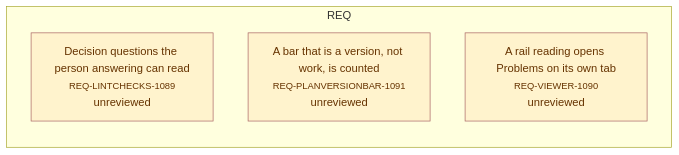
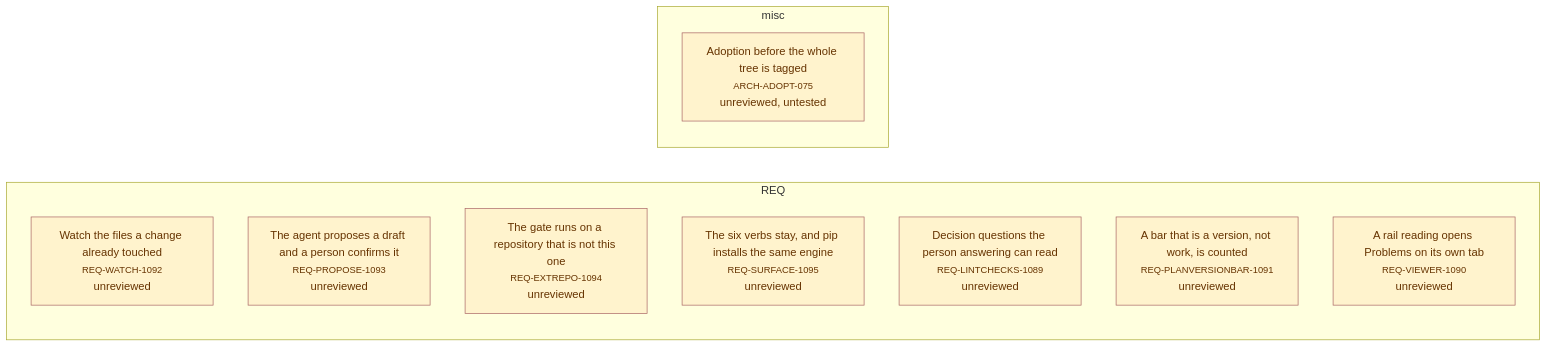
One commit to alxmax/Requirement-manager changed the fourth of 4 diagrams in plugin/requirements/_map.md. Above: the diagram before and after it, drawn with Mermaid. The commit also changed other lines of this file and 40 other files, not shown here.

First line of the commit message:
Relicense under MIT and make the first run useful before the whole tree is tagged (v8.20.0).

````diff
--- a/plugin/requirements/_map.md
+++ b/plugin/requirements/_map.md
@@ -1096,11 +1126,23 @@
 ```mermaid
 graph LR
   subgraph sg_REQ["REQ"]
+    REQ_WATCH_1092["Watch the files a change already touched<br><small>REQ-WATCH-1092</small><br>unreviewed"]
+    REQ_PROPOSE_1093["The agent proposes a draft and a person confirms it<br><small>REQ-PROPOSE-1093</small><br>unreviewed"]
+    REQ_EXTREPO_1094["The gate runs on a repository that is not this one<br><small>REQ-EXTREPO-1094</small><br>unreviewed"]
+    REQ_SURFACE_1095["The six verbs stay, and pip installs the same engine<br><small>REQ-SURFACE-1095</small><br>unreviewed"]
     REQ_LINTCHECKS_1089["Decision questions the person answering can read<br><small>REQ-LINTCHECKS-1089</small><br>unreviewed"]
     REQ_PLANVERSIONBAR_1091["A bar that is a version, not work, is counted<br><small>REQ-PLANVERSIONBAR-1091</small><br>unreviewed"]
     REQ_VIEWER_1090["A rail reading opens Problems on its own tab<br><small>REQ-VIEWER-1090</small><br>unreviewed"]
   end
+  subgraph sg_misc["misc"]
+    ARCH_ADOPT_075["Adoption before the whole tree is tagged<br><small>ARCH-ADOPT-075</small><br>unreviewed, untested"]
+  end
+  style ARCH_ADOPT_075 fill:#fff3cd,stroke:#a66,color:#630
+  style REQ_WATCH_1092 fill:#fff3cd,stroke:#a66,color:#630
+  style REQ_PROPOSE_1093 fill:#fff3cd,stroke:#a66,color:#630
+  style REQ_EXTREPO_1094 fill:#fff3cd,stroke:#a66,color:#630
+  style REQ_SURFACE_1095 fill:#fff3cd,stroke:#a66,color:#630
   style REQ_LINTCHECKS_1089 fill:#fff3cd,stroke:#a66,color:#630
   style REQ_PLANVERSIONBAR_1091 fill:#fff3cd,stroke:#a66,color:#630
   style REQ_VIEWER_1090 fill:#fff3cd,stroke:#a66,color:#630
 ```
````
